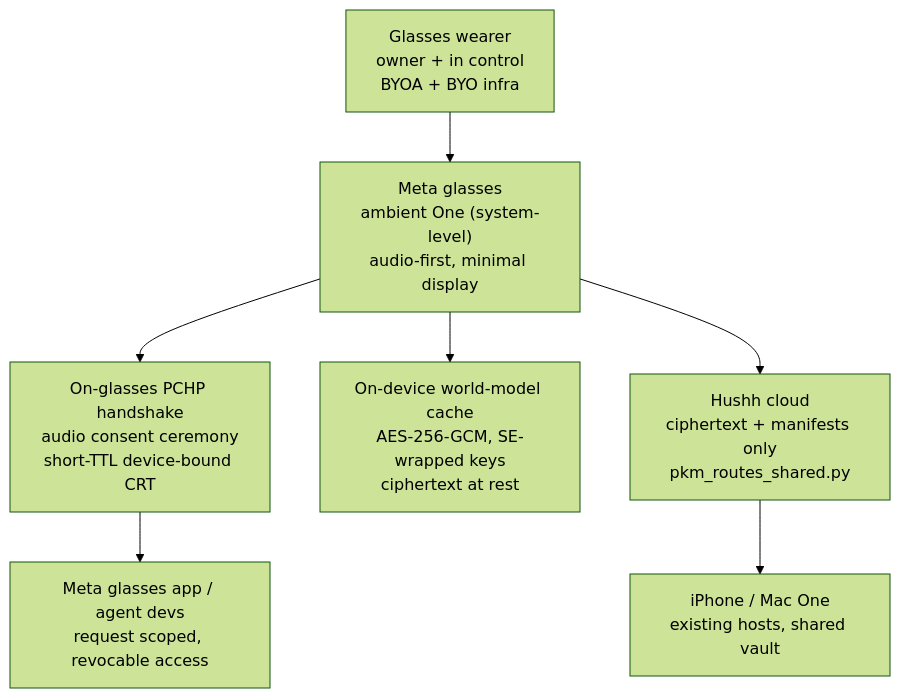
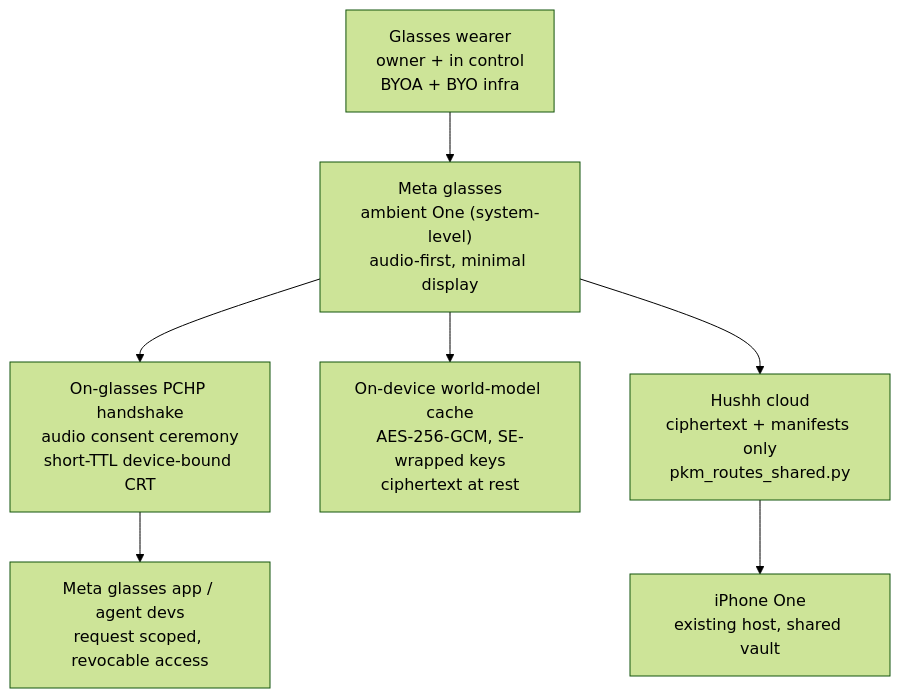
The diagram in docs/future/one-meta-glasses-ambient-agent-plan.md (hushh-labs/hushh-research), drawn with Mermaid (forest theme) before and after one commit. The commit also changed other lines of this file and 82 other files, not shown here.

Commit message:
feat(connected-systems): add CRM ZK v1 encryption, schema migrations, and panel UI

````diff
--- a/docs/future/one-meta-glasses-ambient-agent-plan.md
+++ b/docs/future/one-meta-glasses-ambient-agent-plan.md
@@ -20,17 +20,17 @@
 ```mermaid
 flowchart TB
   owner["Glasses wearer<br/>owner + in control<br/>BYOA + BYO infra"]
   glasses["Meta glasses<br/>ambient One (system-level)<br/>audio-first, minimal display"]
   consent["On-glasses PCHP handshake<br/>audio consent ceremony<br/>short-TTL device-bound CRT"]
   index["On-device world-model cache<br/>AES-256-GCM, SE-wrapped keys<br/>ciphertext at rest"]
   devs["Meta glasses app / agent devs<br/>request scoped, revocable access"]
   cloud["Hushh cloud<br/>ciphertext + manifests only<br/>pkm_routes_shared.py"]
-  phone["iPhone / Mac One<br/>existing hosts, shared vault"]
+  phone["iPhone One<br/>existing host, shared vault"]
 
   owner --> glasses
   glasses --> consent
   glasses --> index
   consent --> devs
   glasses --> cloud
   cloud --> phone
 ```
````
